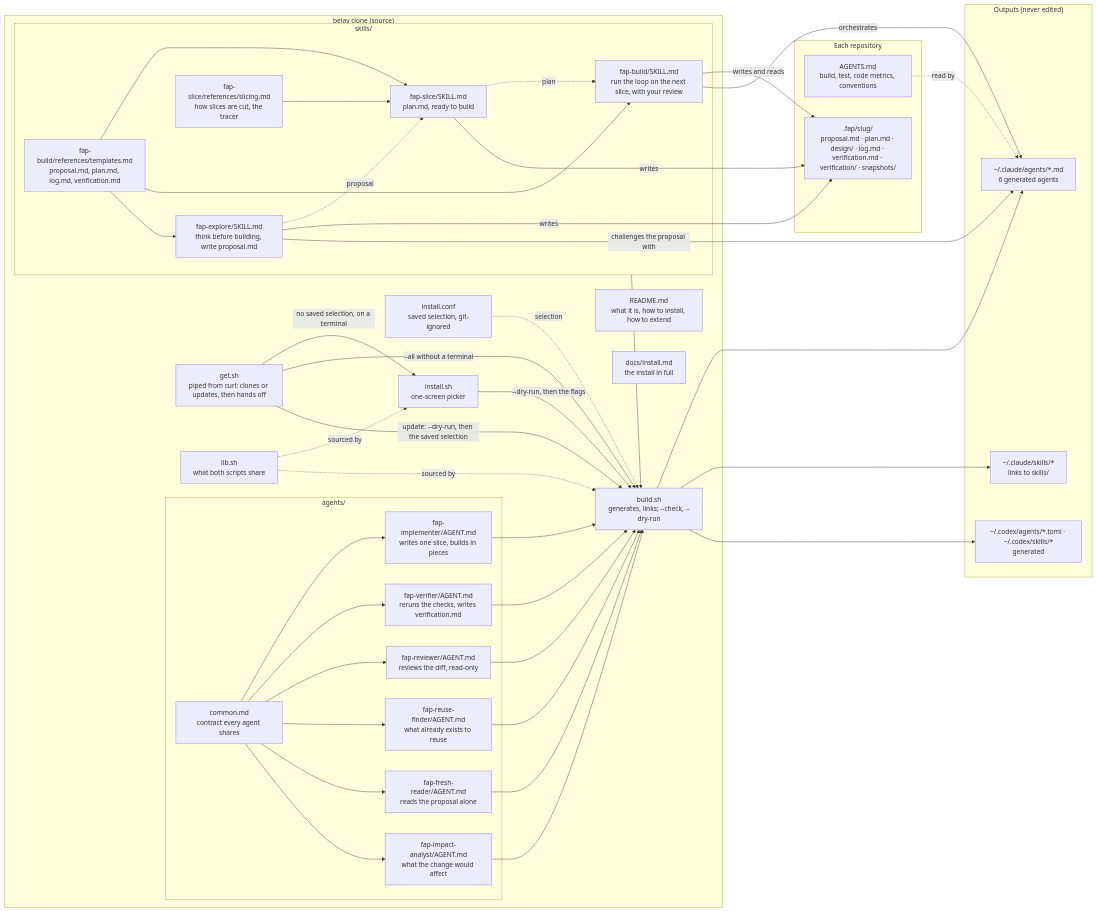
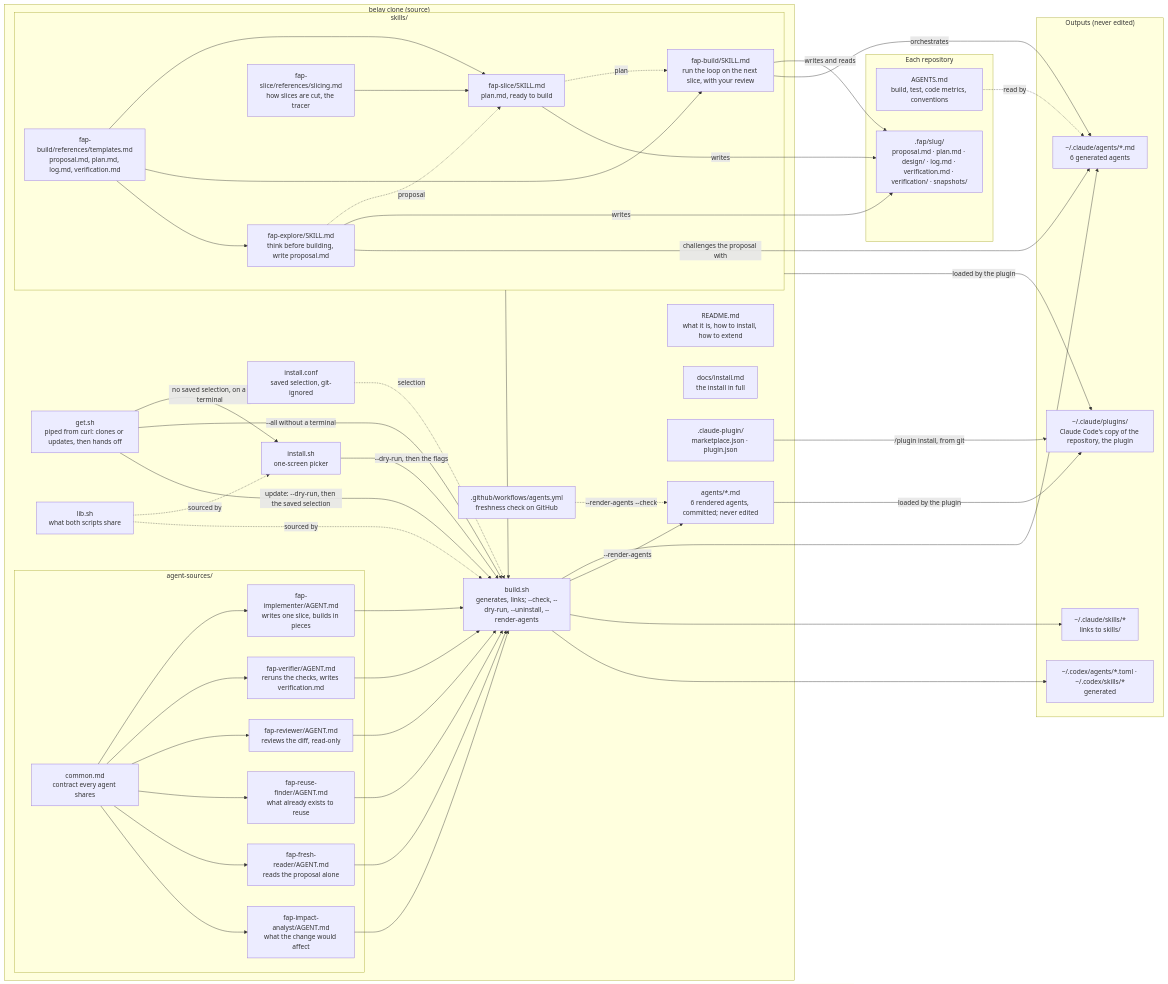
Before and after one commit to felipearpa/belay: the first of 2 diagrams in docs/structure.md, drawn with Mermaid. The commit also changed other lines of this file and 26 other files, not shown here.

First line of the commit message:
Install Belay as a Claude Code plugin

````diff
--- a/docs/structure.md
+++ b/docs/structure.md
@@ -5,60 +5,68 @@
 ```mermaid
 flowchart LR
   subgraph SRC["belay clone (source)"]
     README["README.md<br/>what it is, how to install, how to extend"]
     DOCI["docs/install.md<br/>the install in full"]
     GET["get.sh<br/>piped from curl: clones or updates, then hands off"]
     INSTALL["install.sh<br/>one-screen picker"]
-    BUILD["build.sh<br/>generates, links; --check, --dry-run"]
+    BUILD["build.sh<br/>generates, links; --check, --dry-run, --uninstall, --render-agents"]
     LIB["lib.sh<br/>what both scripts share"]
     CONF["install.conf<br/>saved selection, git-ignored"]
-    subgraph AG["agents/"]
+    COMMITTED["agents/*.md<br/>6 rendered agents, committed; never edited"]
+    CI[".github/workflows/agents.yml<br/>freshness check on GitHub"]
+    PLUG[".claude-plugin/<br/>marketplace.json · plugin.json"]
+    subgraph AG["agent-sources/"]
       COMMON["common.md<br/>contract every agent shares"]
       IMPL["fap-implementer/AGENT.md<br/>writes one slice, builds in pieces"]
       VER["fap-verifier/AGENT.md<br/>reruns the checks, writes verification.md"]
       REV["fap-reviewer/AGENT.md<br/>reviews the diff, read-only"]
       RF["fap-reuse-finder/AGENT.md<br/>what already exists to reuse"]
       FR["fap-fresh-reader/AGENT.md<br/>reads the proposal alone"]
       IA["fap-impact-analyst/AGENT.md<br/>what the change would affect"]
     end
     subgraph SK["skills/"]
       EXPL["fap-explore/SKILL.md<br/>think before building, write proposal.md"]
       PLAN["fap-slice/SKILL.md<br/>plan.md, ready to build"]
       FB["fap-build/SKILL.md<br/>run the loop on the next slice, with your review"]
       SLI["fap-slice/references/slicing.md<br/>how slices are cut, the tracer"]
       TPL["fap-build/references/templates.md<br/>proposal.md, plan.md, log.md, verification.md"]
     end
   end
 
   subgraph OUT["Outputs (never edited)"]
+    PC["~/.claude/plugins/<br/>Claude Code's copy of the repository, the plugin"]
     CA["~/.claude/agents/*.md<br/>6 generated agents"]
     CS["~/.claude/skills/*<br/>links to skills/"]
     CX["~/.codex/agents/*.toml · ~/.codex/skills/*<br/>generated"]
   end
 
   subgraph REPO["Each repository"]
     AGENTS["AGENTS.md<br/>build, test, code metrics, conventions"]
     FAP[".fap/slug/<br/>proposal.md · plan.md · design/ · log.md · verification.md · verification/ · snapshots/"]
   end
 
   COMMON --> IMPL & VER & REV & RF & FR & IA
   IMPL & VER & REV & RF & FR & IA --> BUILD --> CA
+  BUILD -- "--render-agents" --> COMMITTED
+  CI -. "--render-agents --check" .-> COMMITTED
+  PLUG -- "/plugin install, from git" --> PC
+  COMMITTED & SK -- "loaded by the plugin" --> PC
   SK --> BUILD --> CS
   BUILD --> CX
   GET -- "no saved selection, on a terminal" --> INSTALL
   GET -- "--all without a terminal" --> BUILD
   GET -- "update: --dry-run, then the saved selection" --> BUILD
   INSTALL -- "--dry-run, then the flags" --> BUILD
   CONF -. "selection" .-> BUILD
   LIB -. "sourced by" .-> INSTALL & BUILD
   SLI & TPL --> PLAN
   TPL --> FB & EXPL
   PLAN -. "plan" .-> FB
   EXPL -. "proposal" .-> PLAN
   EXPL -- "writes" --> FAP
   EXPL -- "challenges the proposal with" --> CA
   PLAN -- "writes" --> FAP
   FB -- "writes and reads" --> FAP
   FB -- "orchestrates" --> CA
   AGENTS -. "read by" .-> CA
 ```
````
